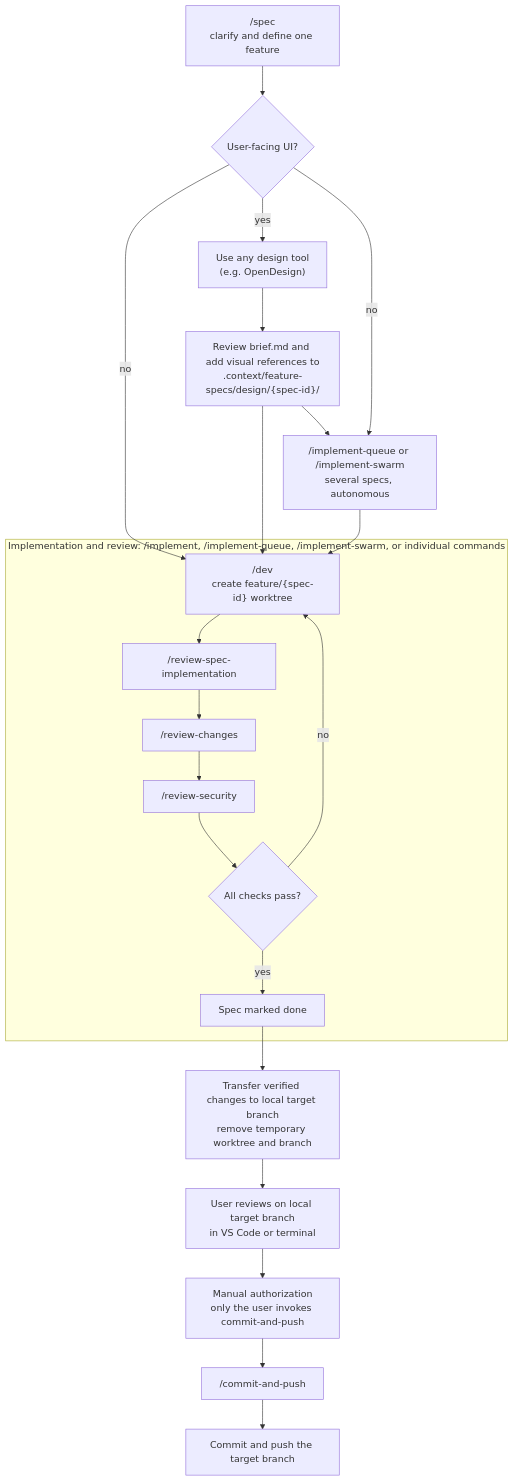
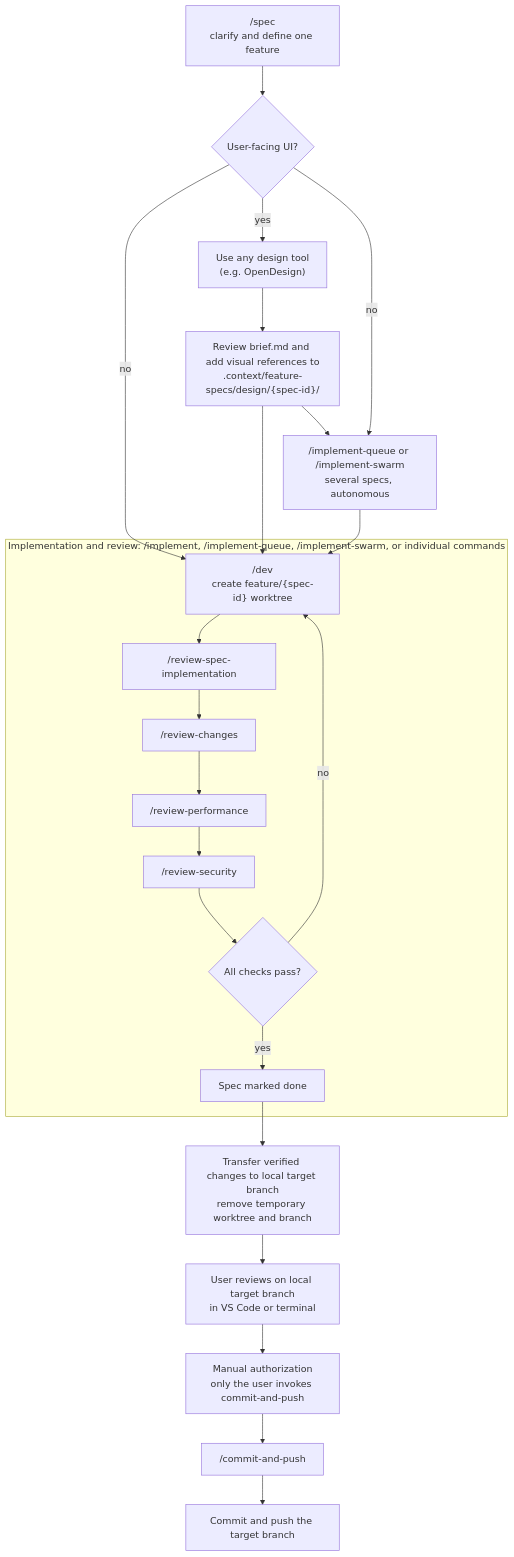
Before and after one commit to the-blue-coder/agentic-starter: the fourth of 5 diagrams in README.md, drawn with Mermaid. The commit also changed other lines of this file and 26 other files, not shown here.

Commit message:
add review-performance command and per-stack performance conventions

````diff
--- a/README.md
+++ b/README.md
@@ -98,26 +111,27 @@
 ```mermaid
 flowchart TD
   spec["/spec<br/>clarify and define one feature"] --> ui{"User-facing UI?"}
   ui -- yes --> designTool["Use any design tool<br/>(e.g. OpenDesign)"]
   designTool --> export["Review brief.md and add visual references to<br/>.context/feature-specs/design/{spec-id}/"]
   ui -- no --> dev["/dev<br/>create feature/{spec-id} worktree"]
   export --> dev
   export --> batch["/implement-queue or /implement-swarm<br/>several specs, autonomous"]
   ui -- no --> batch
   batch --> dev
 
   subgraph reviewLoop["Implementation and review: /implement, /implement-queue, /implement-swarm, or individual commands"]
     dev --> verify["/review-spec-implementation"]
     verify --> conventions["/review-changes"]
-    conventions --> security["/review-security"]
+    conventions --> performance["/review-performance"]
+    performance --> security["/review-security"]
     security --> clean{"All checks pass?"}
     clean -- no --> dev
     clean -- yes --> done["Spec marked done"]
   end
 
   done --> handoff["Transfer verified changes to local target branch<br/>remove temporary worktree and branch"]
   handoff --> localReview["User reviews on local target branch<br/>in VS Code or terminal"]
   localReview --> gate["Manual authorization<br/>only the user invokes commit-and-push"]
   gate --> ship["/commit-and-push"]
   ship --> pushed["Commit and push the target branch"]
 ```
````
